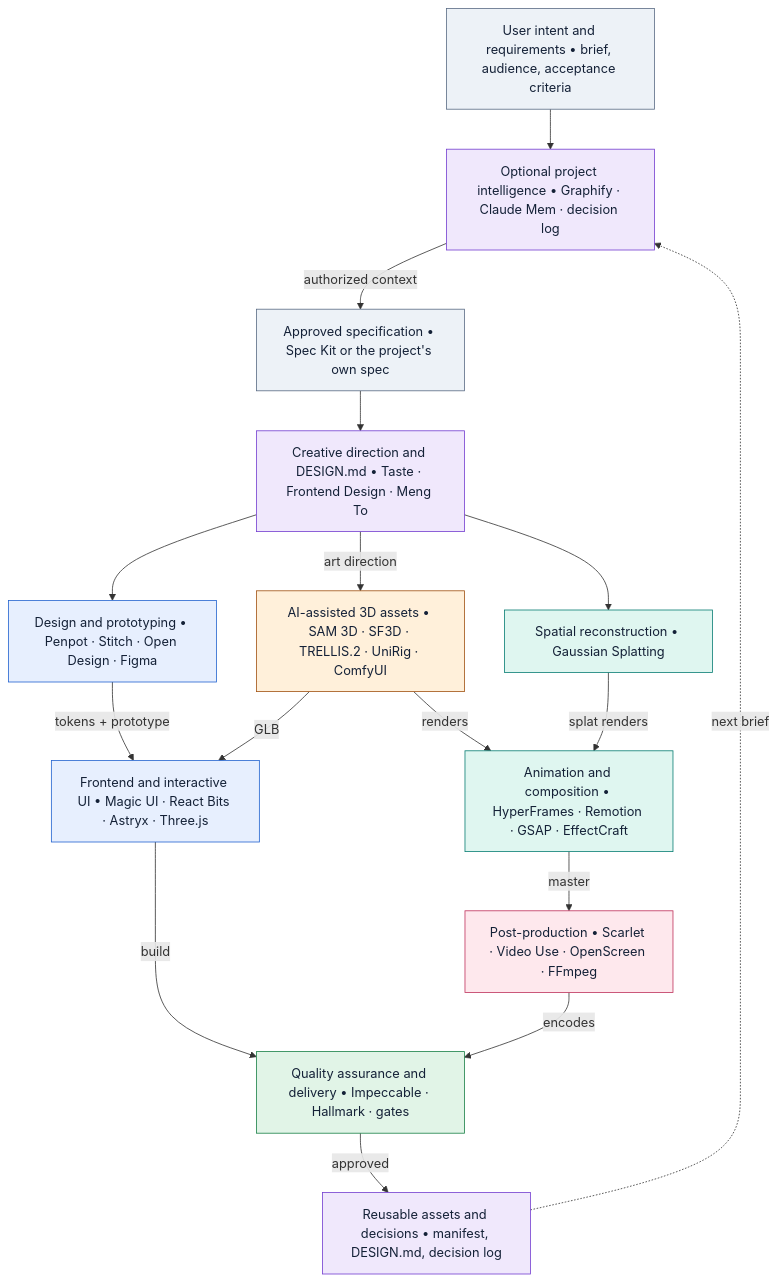
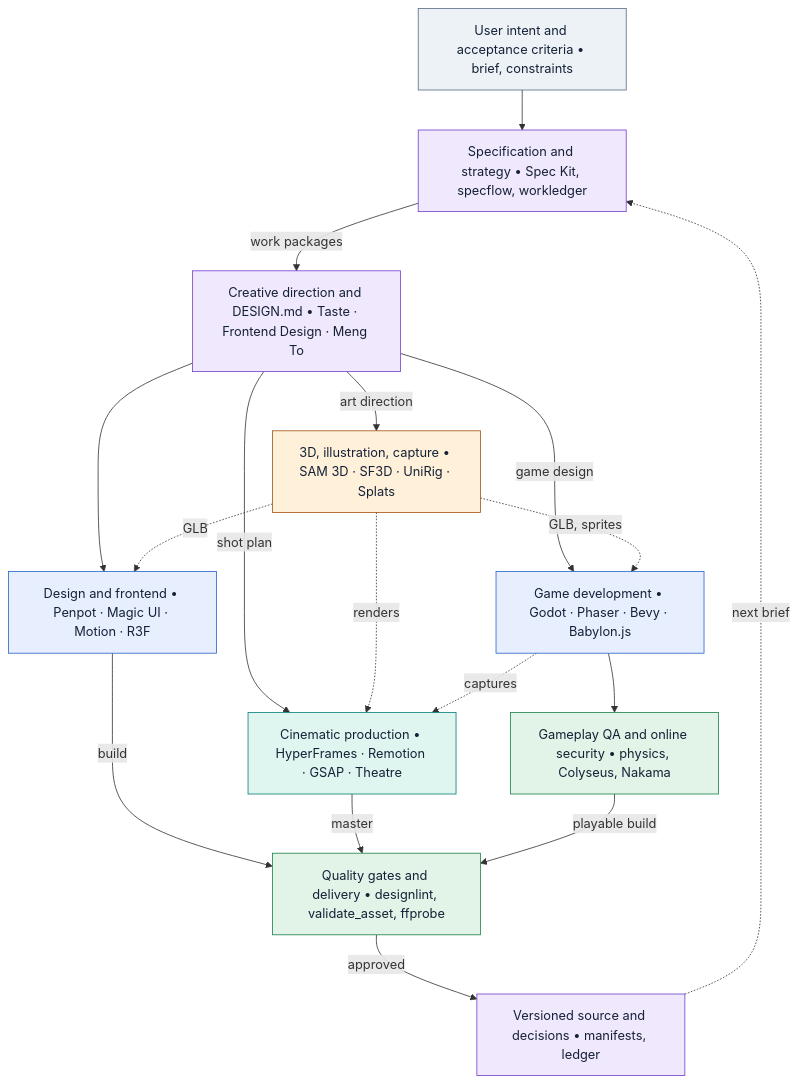
Before and after one commit to interplanetarycriminal/simlish: the diagram in docs/ai-creative-stack/docs/diagrams/creative-architecture.mmd, drawn with Mermaid. The commit also changed 235 other files, not shown here.

First line of the commit message:
Integrate V7: 75 numbered references, games, expressive motion, strategy layer

```diff
--- a/docs/ai-creative-stack/docs/diagrams/creative-architecture.mmd
+++ b/docs/ai-creative-stack/docs/diagrams/creative-architecture.mmd
@@ -1,45 +1,43 @@
 %% render: auto
 %% title: Master creative engineering architecture
 %% desc: Layers activate only when the brief needs them. Cards name optional tools; kit/ has our own versions of most.
 flowchart TD
-    A["User intent and requirements • brief, audience, acceptance criteria"]
-    B["Optional project intelligence • Graphify · Claude Mem · decision log"]
-    C["Approved specification • Spec Kit or the project's own spec"]
-    D["Creative direction and DESIGN.md • Taste · Frontend Design · Meng To"]
-    E["Design and prototyping • Penpot · Stitch · Open Design · Figma"]
-    G["AI-assisted 3D assets • SAM 3D · SF3D · TRELLIS.2 · UniRig · ComfyUI"]
-    H["Spatial reconstruction • Gaussian Splatting"]
-    F["Frontend and interactive UI • Magic UI · React Bits · Astryx · Three.js"]
-    I["Animation and composition • HyperFrames · Remotion · GSAP · EffectCraft"]
-    J["Post-production • Scarlet · Video Use · OpenScreen · FFmpeg"]
-    K["Quality assurance and delivery • Impeccable · Hallmark · gates"]
-    L["Reusable assets and decisions • manifest, DESIGN.md, decision log"]
+    A["User intent and acceptance criteria • brief, constraints"]
+    B["Specification and strategy • Spec Kit, specflow, workledger"]
+    C["Creative direction and DESIGN.md • Taste · Frontend Design · Meng To"]
+    E["Design and frontend • Penpot · Magic UI · Motion · R3F"]
+    G["3D, illustration, capture • SAM 3D · SF3D · UniRig · Splats"]
+    F["Cinematic production • HyperFrames · Remotion · GSAP · Theatre"]
+    H["Game development • Godot · Phaser · Bevy · Babylon.js"]
+    Q["Gameplay QA and online security • physics, Colyseus, Nakama"]
+    K["Quality gates and delivery • designlint, validate_asset, ffprobe"]
+    L["Versioned source and decisions • manifests, ledger"]
     A --> B
-    B -->|authorized context| C
-    C --> D
-    D --> E
-    D -->|art direction| G
-    D --> H
-    E -->|tokens + prototype| F
-    G -->|GLB| F
-    G -->|renders| I
-    H -->|splat renders| I
-    F -->|build| K
-    I -->|master| J
-    J -->|encodes| K
+    B -->|work packages| C
+    C --> E
+    C -->|art direction| G
+    C -->|shot plan| F
+    C -->|game design| H
+    G -.->|GLB| E
+    G -.->|renders| F
+    G -.->|GLB, sprites| H
+    H -.->|captures| F
+    H --> Q
+    E -->|build| K
+    F -->|master| K
+    Q -->|playable build| K
     K -->|approved| L
     L -.->|next brief| B
-    class A,C slate
-    class B,D,L purple
-    class E,F blue
+    class A slate
+    class B,C,L purple
+    class E,H blue
     class G amber
-    class H,I teal
-    class J rose
-    class K green
+    class F teal
+    class Q,K green
     classDef slate fill:#edf2f7,stroke:#596b84,color:#142137
     classDef purple fill:#f0e8fc,stroke:#733ed0,color:#142137
     classDef blue fill:#e7effe,stroke:#2363cf,color:#142137
     classDef amber fill:#fff0da,stroke:#a05212,color:#142137
     classDef teal fill:#dff6f0,stroke:#087d73,color:#142137
     classDef rose fill:#fee8ed,stroke:#bf315c,color:#142137
     classDef green fill:#e1f4e7,stroke:#198047,color:#142137
```
